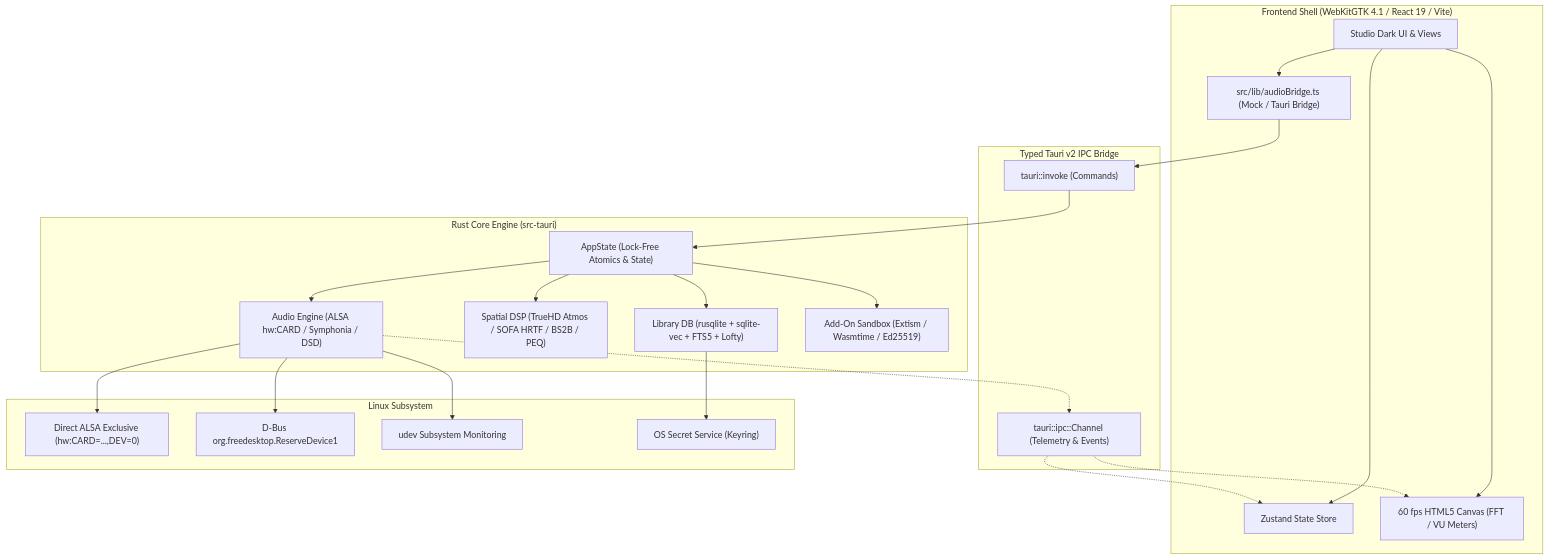
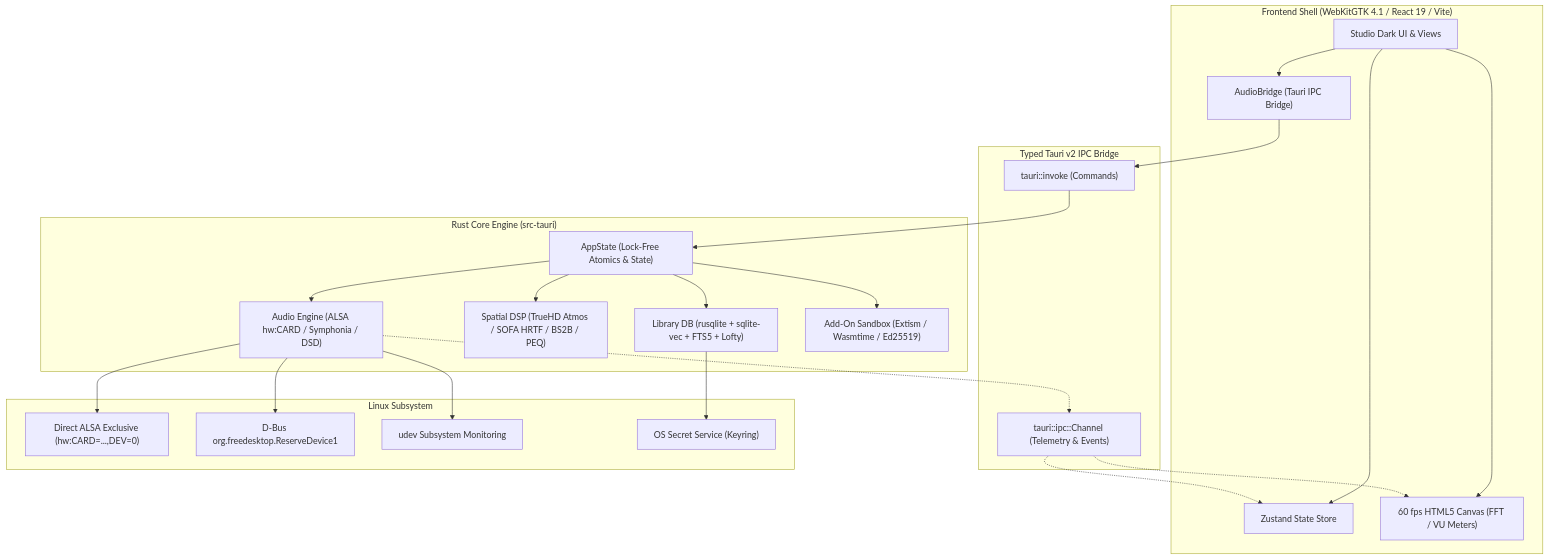
The diagram in README.md (defiqantcoder/AuraHiFi), drawn with Mermaid before and after one commit. The commit also changed other lines of this file and 18 other files, not shown here.

````diff
--- a/README.md
+++ b/README.md
@@ -55,48 +25,48 @@
 ```mermaid
 flowchart TD
     subgraph Frontend["Frontend Shell (WebKitGTK 4.1 / React 19 / Vite)"]
         UI["Studio Dark UI & Views"]
         Zustand["Zustand State Store"]
         Canvas["60 fps HTML5 Canvas (FFT / VU Meters)"]
-        Bridge["src/lib/audioBridge.ts (Mock / Tauri Bridge)"]
+        Bridge["AudioBridge (Tauri IPC Bridge)"]
         UI --> Zustand
         UI --> Canvas
         UI --> Bridge
     end
 
     subgraph IPC["Typed Tauri v2 IPC Bridge"]
         Invoke["tauri::invoke (Commands)"]
         Channel["tauri::ipc::Channel (Telemetry & Events)"]
     end
 
     Bridge --> Invoke
     Channel -.-> Canvas
     Channel -.-> Zustand
 
     subgraph Backend["Rust Core Engine (src-tauri)"]
         State["AppState (Lock-Free Atomics & State)"]
         Audio["Audio Engine (ALSA hw:CARD / Symphonia / DSD)"]
         Spatial["Spatial DSP (TrueHD Atmos / SOFA HRTF / BS2B / PEQ)"]
         Lib["Library DB (rusqlite + sqlite-vec + FTS5 + Lofty)"]
         Sandbox["Add-On Sandbox (Extism / Wasmtime / Ed25519)"]
 
         Invoke --> State
         State --> Audio
         State --> Spatial
         State --> Lib
         State --> Sandbox
         Audio -.-> Channel
     end
 
     subgraph System["Linux Subsystem"]
         ALSA["Direct ALSA Exclusive (hw:CARD=...,DEV=0)"]
         DBus["D-Bus org.freedesktop.ReserveDevice1"]
         Udev["udev Subsystem Monitoring"]
         Keyring["OS Secret Service (Keyring)"]
 
         Audio --> ALSA
         Audio --> DBus
         Audio --> Udev
         Lib --> Keyring
     end
 ```
````
